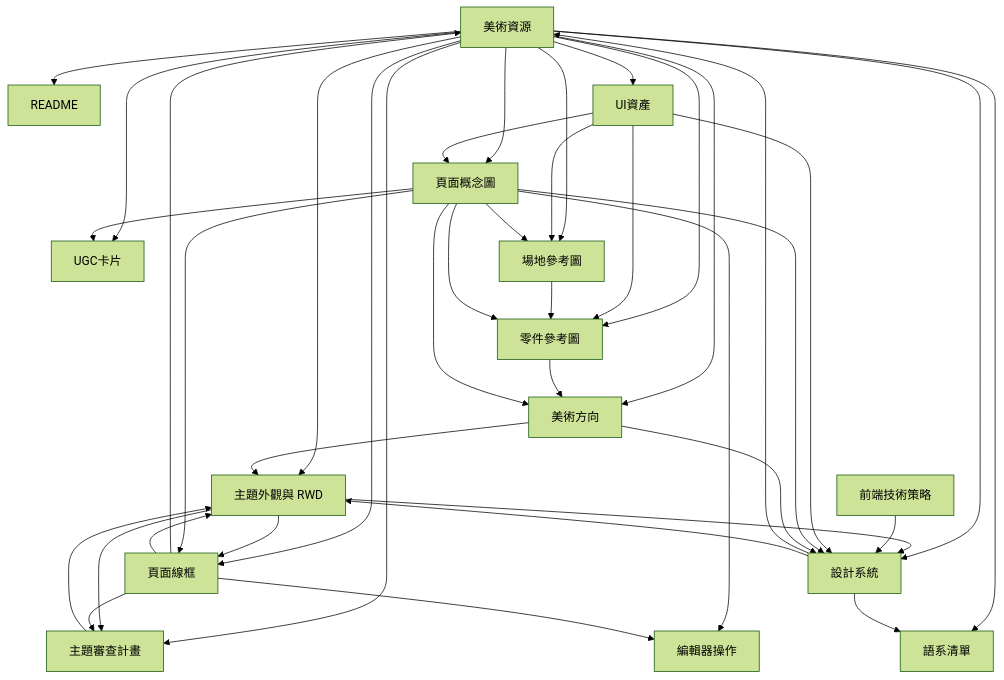
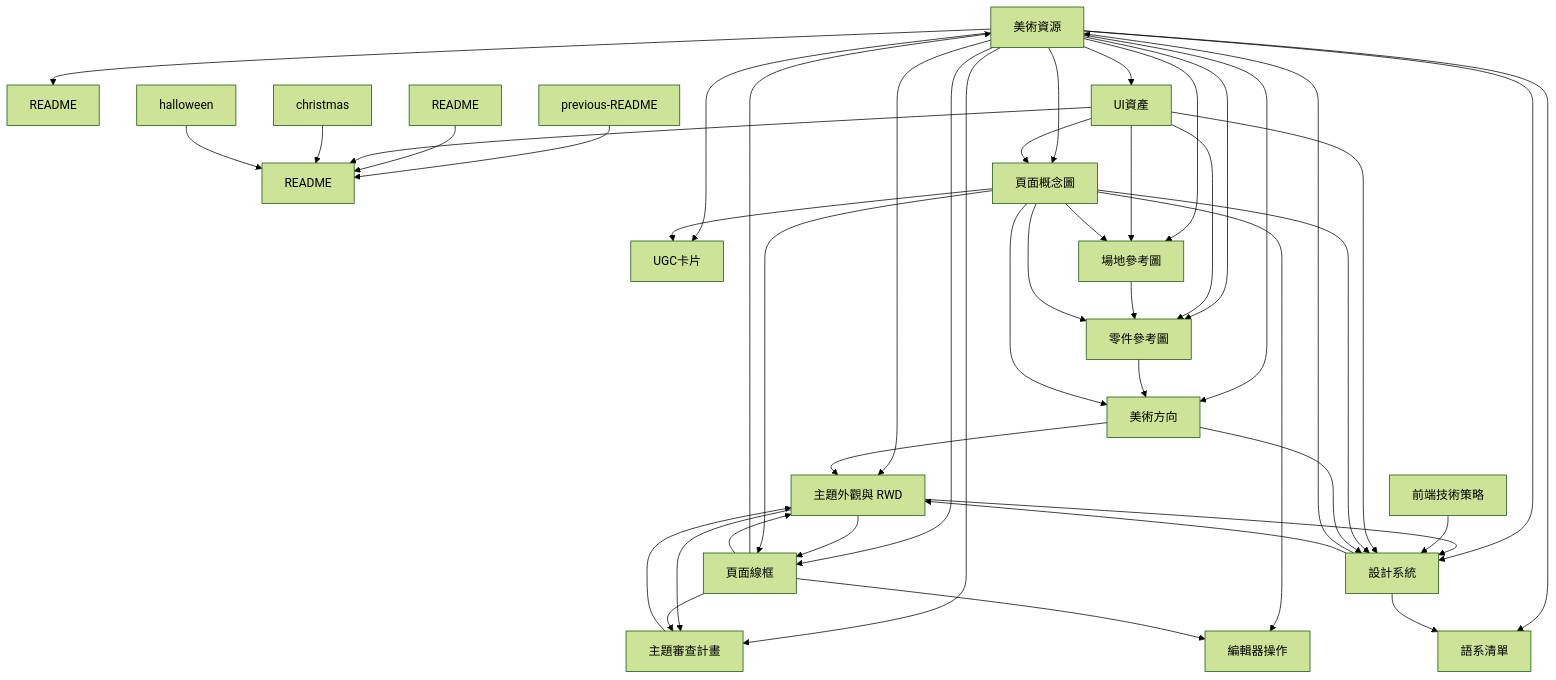
Diagram 15 of 17 in docs-map.md (xjustloveux/open-4wd-specs), drawn with Mermaid (forest theme) before and after one commit. The commit also changed other lines of this file and 185 other files, not shown here.

````diff
--- a/docs-map.md
+++ b/docs-map.md
@@ -821,57 +856,67 @@
 ```mermaid
 flowchart TB
   n0["編輯器操作"]
   n1["美術資源"]
   n2["README"]
   n3["UGC卡片"]
   n4["主題外觀與 RWD"]
   n5["主題審查計畫"]
   n6["前端技術策略"]
-  n7["UI資產"]
-  n8["場地參考圖"]
-  n9["零件參考圖"]
-  n10["頁面概念圖"]
-  n11["美術方向"]
-  n12["設計系統"]
-  n13["頁面線框"]
-  n14["語系清單"]
+  n7["README"]
+  n8["previous-README"]
+  n9["README"]
+  n10["UI資產"]
+  n11["場地參考圖"]
+  n12["christmas"]
+  n13["halloween"]
+  n14["零件參考圖"]
+  n15["頁面概念圖"]
+  n16["美術方向"]
+  n17["設計系統"]
+  n18["頁面線框"]
+  n19["語系清單"]
   n1 --> n2
   n1 --> n3
   n1 --> n4
   n1 --> n5
-  n1 --> n7
-  n1 --> n8
-  n1 --> n9
   n1 --> n10
   n1 --> n11
-  n1 --> n12
-  n1 --> n13
   n1 --> n14
+  n1 --> n15
+  n1 --> n16
+  n1 --> n17
+  n1 --> n18
+  n1 --> n19
   n4 --> n5
-  n4 --> n12
-  n4 --> n13
+  n4 --> n17
+  n4 --> n18
   n5 --> n4
-  n6 --> n12
-  n7 --> n8
-  n7 --> n9
-  n7 --> n10
-  n7 --> n12
-  n8 --> n9
-  n9 --> n11
-  n10 --> n0
-  n10 --> n3
-  n10 --> n8
-  n10 --> n9
+  n6 --> n17
+  n8 --> n7
+  n9 --> n7
+  n10 --> n7
   n10 --> n11
-  n10 --> n12
-  n10 --> n13
-  n11 --> n4
-  n11 --> n12
-  n12 --> n1
-  n12 --> n4
-  n12 --> n14
-  n13 --> n0
-  n13 --> n1
-  n13 --> n4
-  n13 --> n5
+  n10 --> n14
+  n10 --> n15
+  n10 --> n17
+  n11 --> n14
+  n12 --> n7
+  n13 --> n7
+  n14 --> n16
+  n15 --> n0
+  n15 --> n3
+  n15 --> n11
+  n15 --> n14
+  n15 --> n16
+  n15 --> n17
+  n15 --> n18
+  n16 --> n4
+  n16 --> n17
+  n17 --> n1
+  n17 --> n4
+  n17 --> n19
+  n18 --> n0
+  n18 --> n1
+  n18 --> n4
+  n18 --> n5
 ```
````
